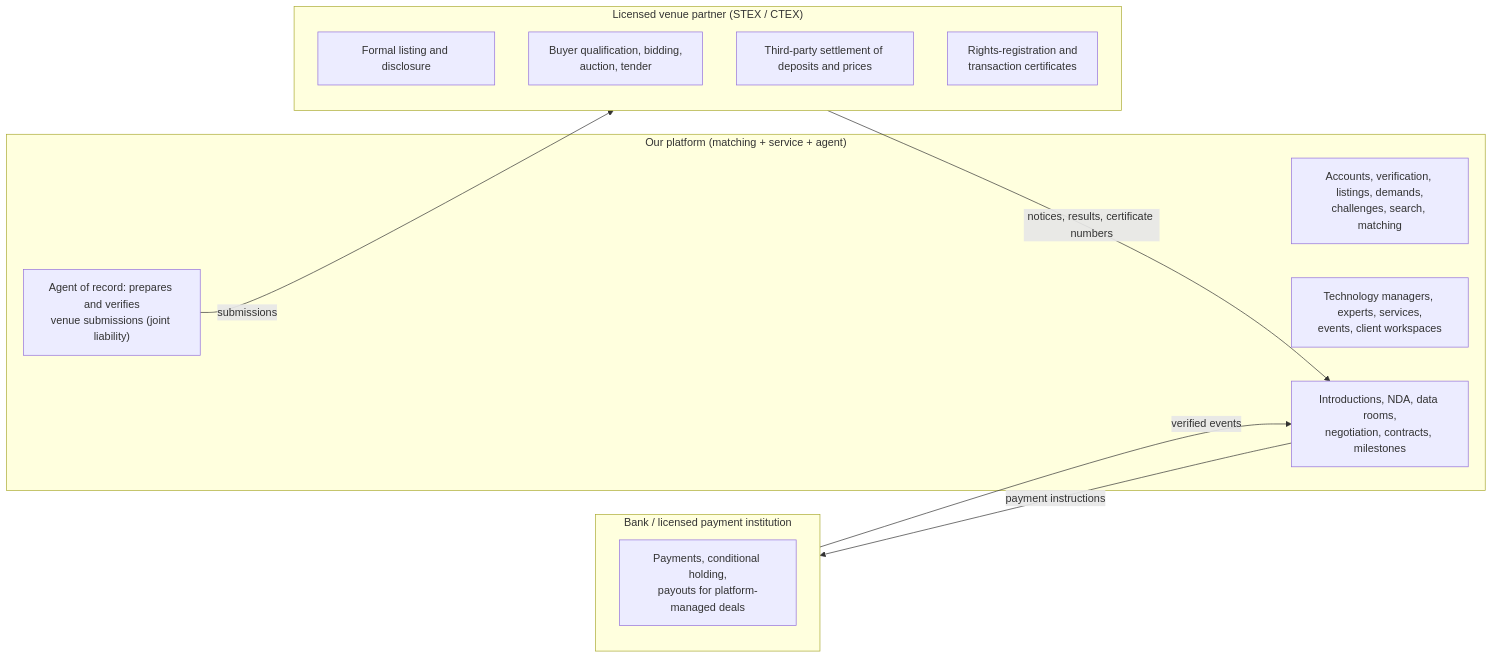
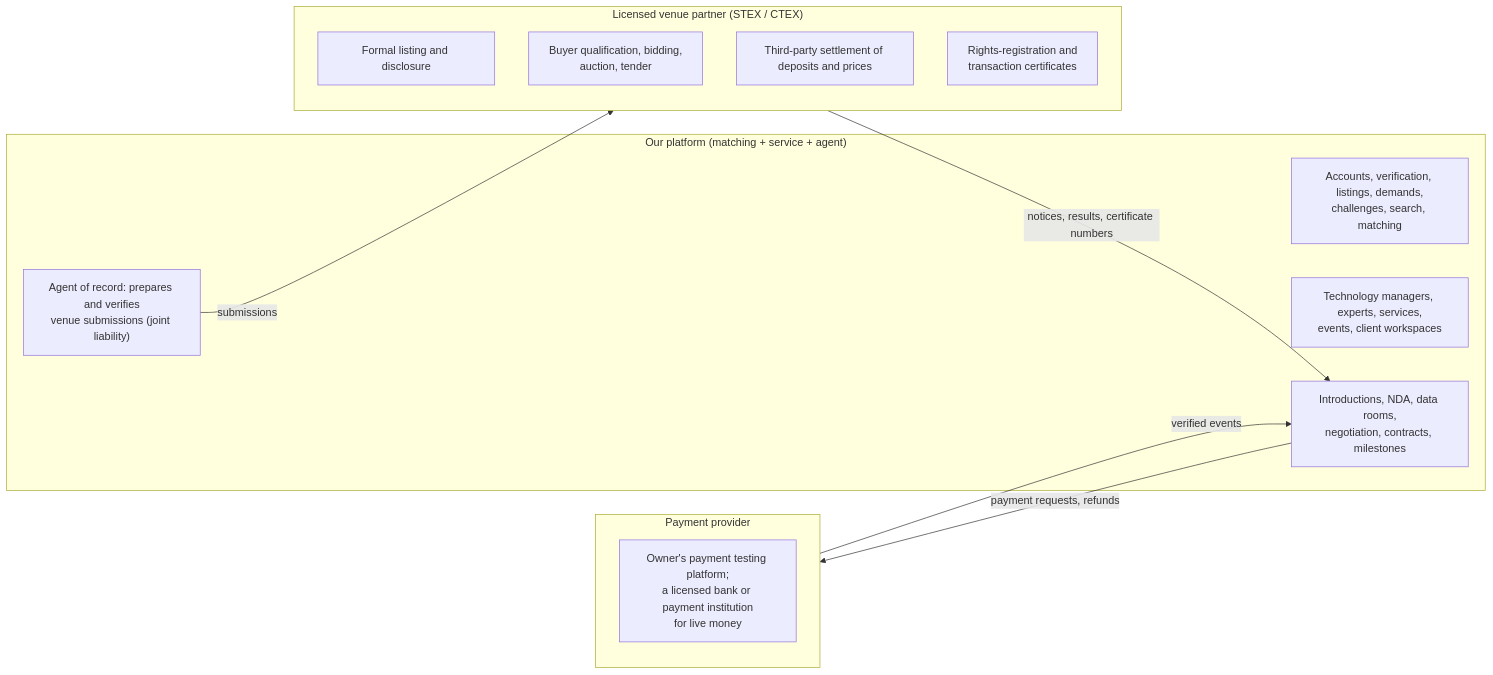
The first of 4 diagrams in 10-product-requirements.md (greensoft-atom/tex-platform), drawn with Mermaid before and after one commit. The commit also changed other lines of this file and 130 other files, not shown here.

````diff
--- a/10-product-requirements.md
+++ b/10-product-requirements.md
@@ -26,22 +26,22 @@
 ```mermaid
 flowchart LR
     subgraph PLATFORM["Our platform (matching + service + agent)"]
         P1["Accounts, verification, listings, demands,<br/>challenges, search, matching"]
         P2["Technology managers, experts, services,<br/>events, client workspaces"]
         P3["Introductions, NDA, data rooms,<br/>negotiation, contracts, milestones"]
         P4["Agent of record: prepares and verifies<br/>venue submissions (joint liability)"]
     end
     subgraph VENUE["Licensed venue partner (STEX / CTEX)"]
         V1["Formal listing and disclosure"]
         V2["Buyer qualification, bidding,<br/>auction, tender"]
         V3["Third-party settlement of deposits and prices"]
         V4["Rights-registration and<br/>transaction certificates"]
     end
-    subgraph PAY["Bank / licensed payment institution"]
-        B1["Payments, conditional holding,<br/>payouts for platform-managed deals"]
+    subgraph PAY["Payment provider"]
+        B1["Owner's payment testing platform;<br/>a licensed bank or payment institution<br/>for live money"]
     end
     P4 -->|"submissions"| VENUE
     VENUE -->|"notices, results, certificate numbers"| P3
-    P3 -->|"payment instructions"| PAY
+    P3 -->|"payment requests, refunds"| PAY
     PAY -->|"verified events"| P3
 ```
````
